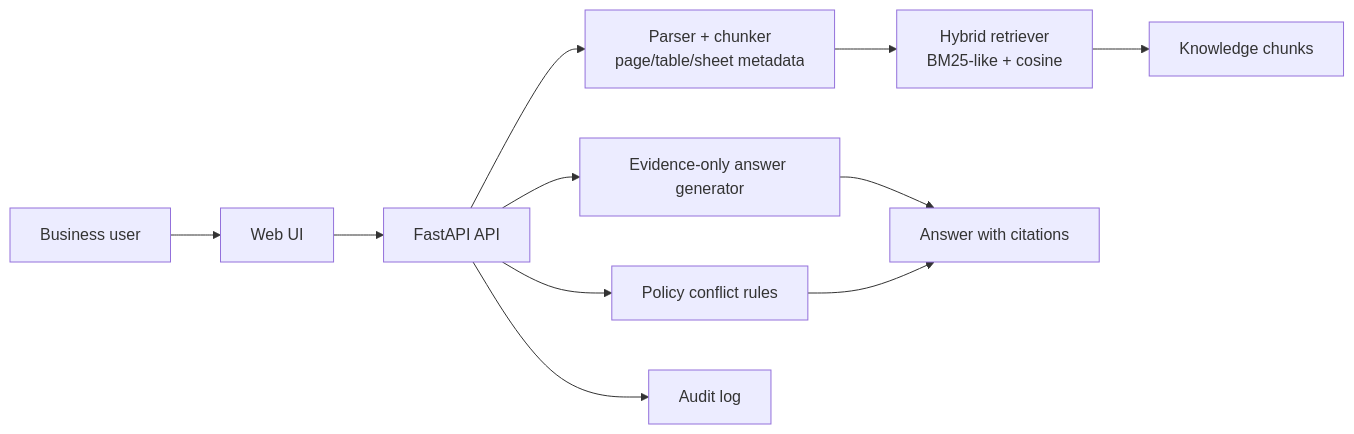
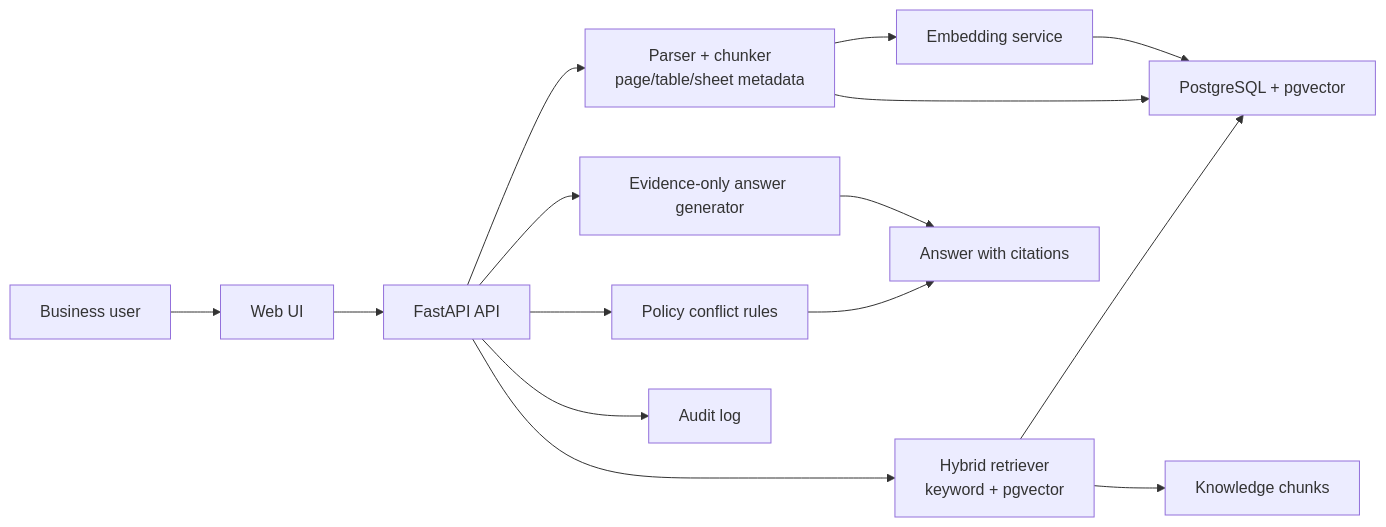
One commit to lfybtx/enterprise-knowledge-audit-agent changed the diagram in docs/architecture.md. Above: the diagram before and after it, drawn with Mermaid. The commit also changed 12 other files, not shown here.

Commit message:
feat: add pgvector hybrid retrieval

````diff
--- a/docs/architecture.md
+++ b/docs/architecture.md
@@ -3,13 +3,17 @@
 ```mermaid
 flowchart LR
     U["Business user"] --> W["Web UI"]
     W --> A["FastAPI API"]
     A --> P["Parser + chunker<br/>page/table/sheet metadata"]
-    P --> R["Hybrid retriever<br/>BM25-like + cosine"]
+    P --> E["Embedding service"]
+    E --> D["PostgreSQL + pgvector"]
+    P --> D
+    A --> R["Hybrid retriever<br/>keyword + pgvector"]
+    R --> D
     R --> K["Knowledge chunks"]
     A --> G["Evidence-only answer generator"]
     A --> C["Policy conflict rules"]
     G --> O["Answer with citations"]
     C --> O
     A --> L["Audit log"]
 ```
````
